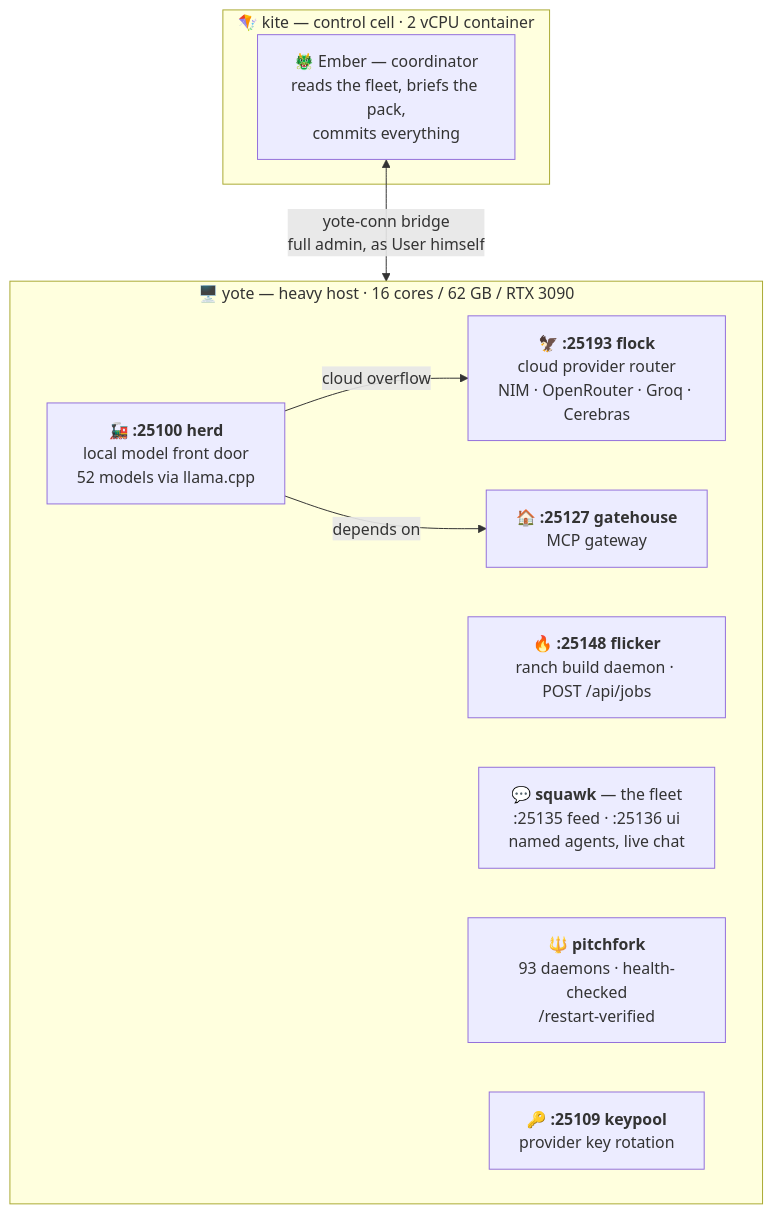
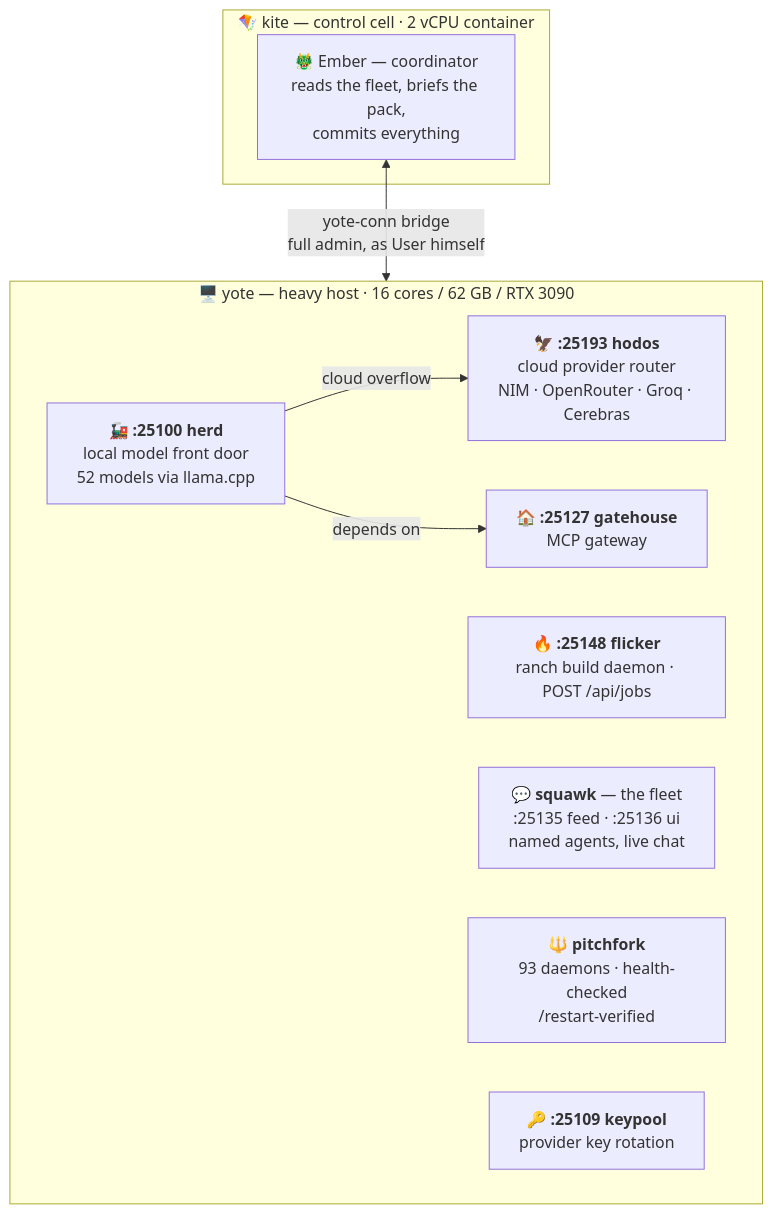
The diagram in README.md (toxicwind/estate), drawn with Mermaid before and after one commit. The commit also changed other lines of this file and 368 other files, not shown here.

First line of the commit message:
rename: flock -> hodos (full estate rebrand)

````diff
--- a/README.md
+++ b/README.md
@@ -28,18 +28,18 @@
 ```mermaid
 flowchart TB
     subgraph kite["🪁 kite — control cell · 2 vCPU container"]
         EMBER["🐲 Ember — coordinator\nreads the fleet, briefs the pack,\ncommits everything"]
     end
     subgraph yote["🖥️ yote — heavy host · 16 cores / 62 GB / RTX 3090"]
         HERD["🚂 <b>:25100 herd</b>\nlocal model front door\n52 models via llama.cpp"]
-        FLOCK["🦅 <b>:25193 flock</b>\ncloud provider router\nNIM · OpenRouter · Groq · Cerebras"]
+        HODOS["🦅 <b>:25193 hodos</b>\ncloud provider router\nNIM · OpenRouter · Groq · Cerebras"]
         FLK["🔥 <b>:25148 flicker</b>\nranch build daemon · POST /api/jobs"]
         GH["🏠 <b>:25127 gatehouse</b>\nMCP gateway"]
                 SQ["💬 <b>squawk</b> — the fleet\n:25135 feed · :25136 ui\nnamed agents, live chat"]
         PF["🔱 <b>pitchfork</b>\n93 daemons · health-checked\n/restart-verified"]
         KP["🔑 <b>:25109 keypool</b>\nprovider key rotation"]
-        HERD -->|"cloud overflow"| FLOCK
+        HERD -->|"cloud overflow"| HODOS
         HERD -->|"depends on"| GH
     end
     EMBER <-->|"yote-conn bridge\nfull admin, as User himself"| yote
 ```
````
